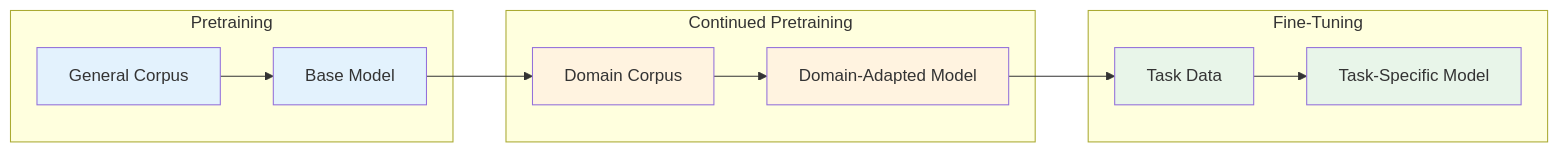
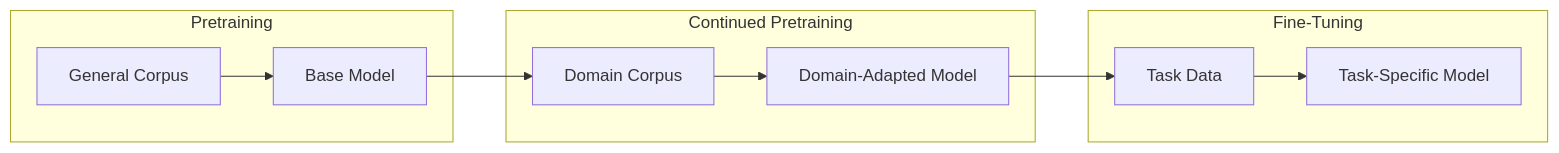
One commit to xdflatline/quartz changed the first of 2 diagrams in content/Concepts/continued-pretraining.md. Above: the diagram before and after it, drawn with Mermaid. The commit also changed other lines of this file and 6 other files, not shown here.

````diff
--- a/content/Concepts/continued-pretraining.md
+++ b/content/Concepts/continued-pretraining.md
@@ -17,23 +17,17 @@
 ```mermaid
 graph LR
     subgraph "Pretraining"
         A[General Corpus] --> B[Base Model]
     end
     
     subgraph "Continued Pretraining"
         B --> C[Domain Corpus]
         C --> D[Domain-Adapted Model]
     end
     
     subgraph "Fine-Tuning"
         D --> E[Task Data]
         E --> F[Task-Specific Model]
     end
     
-    style A fill:#e3f2fd
-    style B fill:#e3f2fd
-    style C fill:#fff3e0
-    style D fill:#fff3e0
-    style E fill:#e8f5e9
-    style F fill:#e8f5e9
 ```
````
